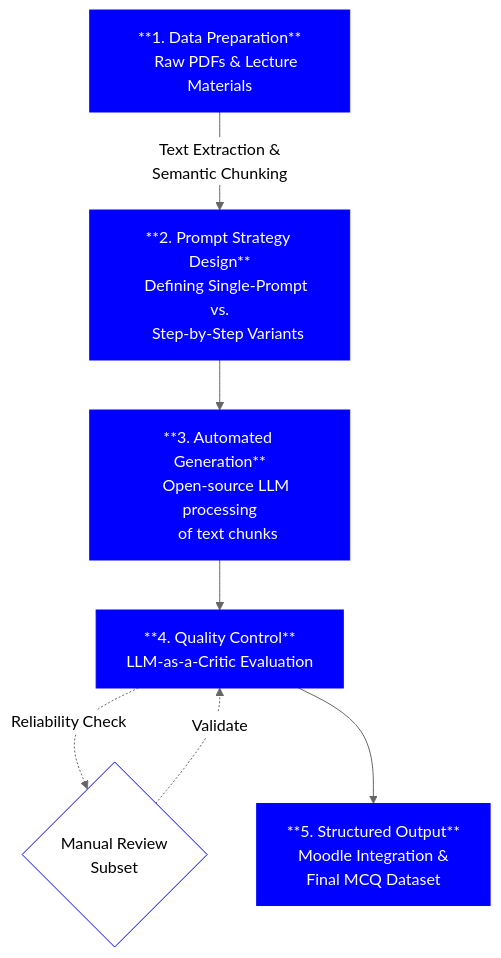
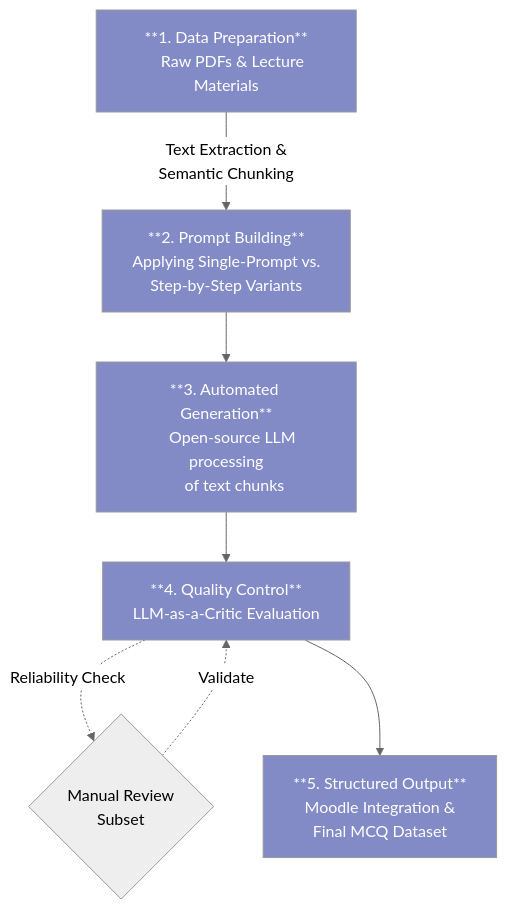
The diagram in docs/concept_and_methodology.mmd (nattergabriel/mcq-pipeline), drawn with Mermaid (neutral theme) before and after one commit. The commit also changed other lines of this file and 2 other files, not shown here.

```diff
--- a/docs/concept_and_methodology.mmd
+++ b/docs/concept_and_methodology.mmd
@@ -1,40 +1,39 @@
 graph TD
 
     %% Nodes
 
     A["**1. Data Preparation**
     Raw PDFs & Lecture Materials"]
 
-    B["**2. Prompt Strategy Design**
-    Defining Single-Prompt vs.
+    B["**2. Prompt Building**
+    Applying Single-Prompt vs.
     Step-by-Step Variants"]
 
     C["**3. Automated Generation**
     Open-source LLM processing
     of text chunks"]
 
     D["**4. Quality Control**
     LLM-as-a-Critic Evaluation"]
 
     E{"Manual Review
     Subset"}
 
     F["**5. Structured Output**
     Moodle Integration &
     Final MCQ Dataset"]
 
     %% Edges
 
     A -->|"Text Extraction &
     Semantic Chunking"| B
     B --> C
     C --> D
     D -.->|"Reliability Check"| E
     E -.->|"Validate"| D
     D --> F
     
     %% Color definitions
 
-    classDef default fill:white,stroke:blue,color:black
-    classDef fill fill:blue,color:white
+    classDef fill fill:#838bc7,color:white
     class A,B,C,D,F fill
```
